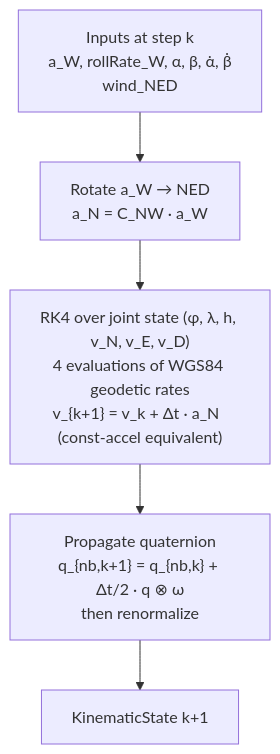
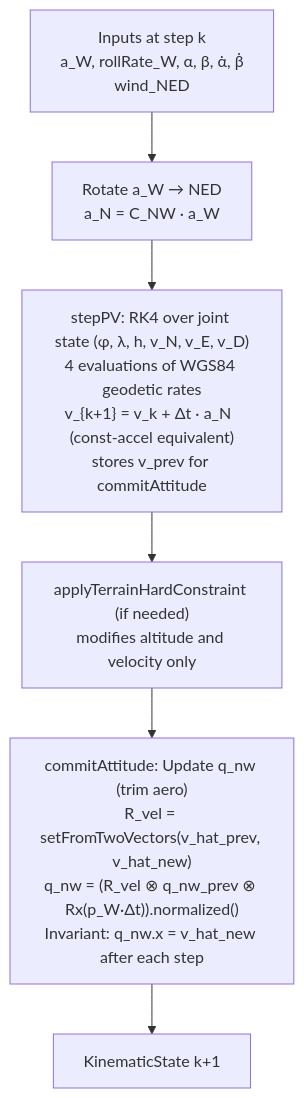
One commit to yJjDoAZuae/LiteAeroSim changed the third of 3 diagrams in docs/algorithms/equations_of_motion.md. Above: the diagram before and after it, drawn with Mermaid. The commit also changed other lines of this file and 5 other files, not shown here.

````diff
--- a/docs/algorithms/equations_of_motion.md
+++ b/docs/algorithms/equations_of_motion.md
@@ -1113,8 +1048,9 @@
 ```mermaid
 flowchart TD
     IN["Inputs at step k<br/>a_W, rollRate_W, α, β, α̇, β̇<br/>wind_NED"] -->
     ROT["Rotate a_W → NED<br/>a_N = C_NW · a_W"] -->
-    PVRK4["RK4 over joint state (φ, λ, h, v_N, v_E, v_D)<br/>4 evaluations of WGS84 geodetic rates<br/>v_{k+1} = v_k + Δt · a_N  (const-accel equivalent)"] -->
-    ATT["Propagate quaternion<br/>q_{nb,k+1} = q_{nb,k} + Δt/2 · q ⊗ ω<br/>then renormalize"] -->
+    PVRK4["stepPV: RK4 over joint state (φ, λ, h, v_N, v_E, v_D)<br/>4 evaluations of WGS84 geodetic rates<br/>v_{k+1} = v_k + Δt · a_N  (const-accel equivalent)<br/>stores v_prev for commitAttitude"] -->
+    CON["applyTerrainHardConstraint (if needed)<br/>modifies altitude and velocity only"] -->
+    ATT["commitAttitude: Update q_nw (trim aero)<br/>R_vel = setFromTwoVectors(v_hat_prev, v_hat_new)<br/>q_nw = (R_vel ⊗ q_nw_prev ⊗ Rx(p_W·Δt)).normalized()<br/>Invariant: q_nw.x = v_hat_new after each step"] -->
     OUT["KinematicState k+1"]
 ```
````
